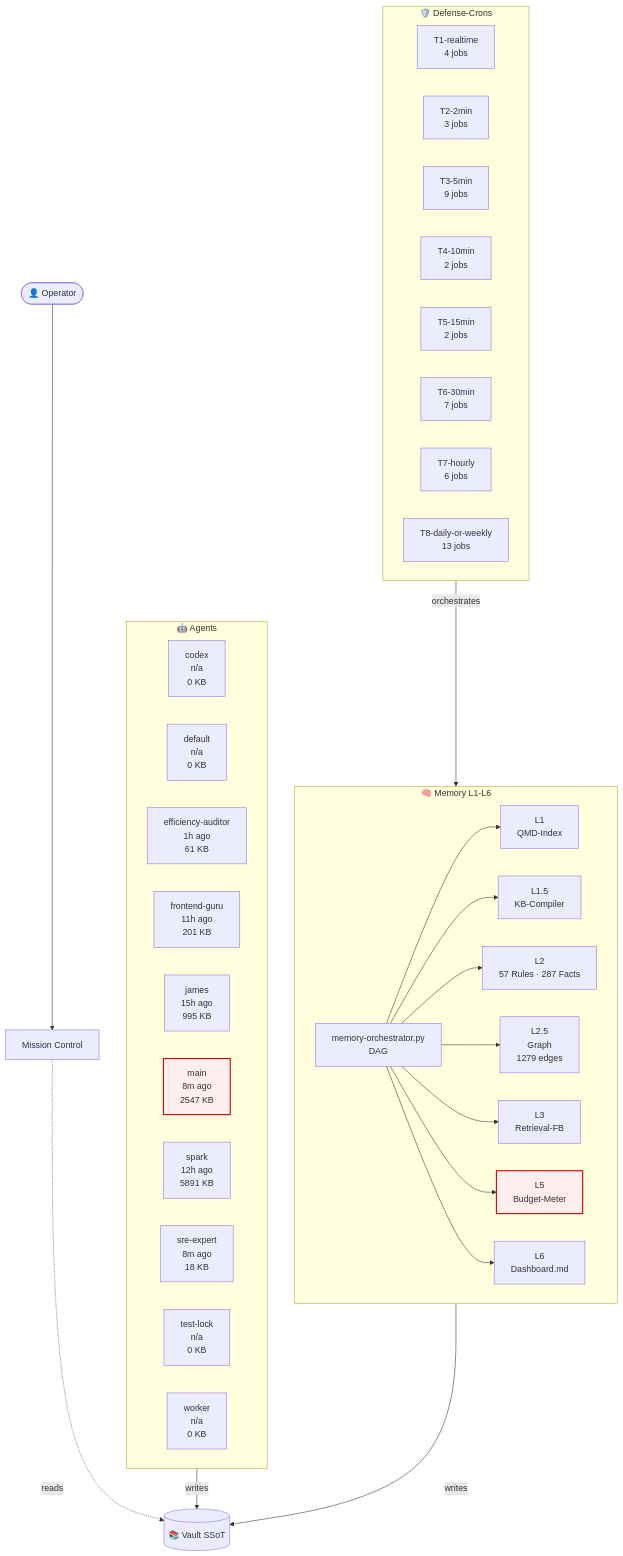
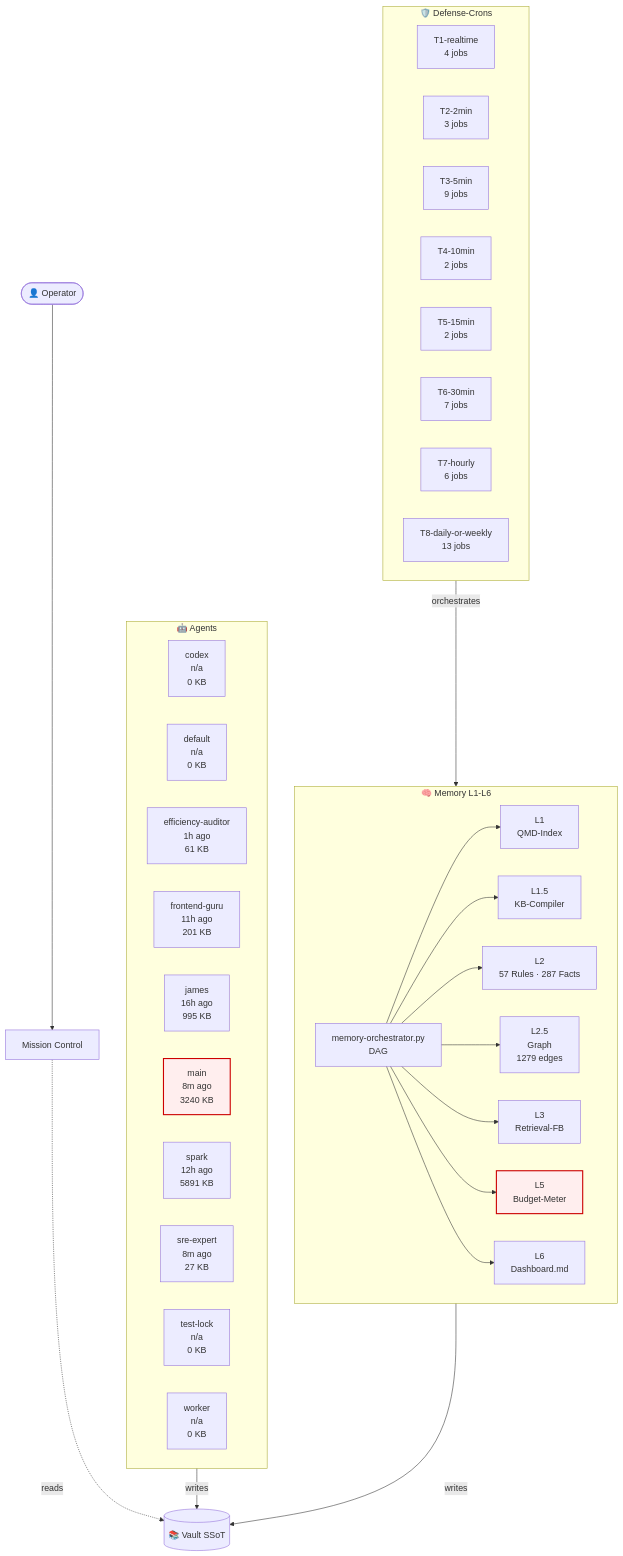
Before and after one commit to lenardhuebner88-rgb/openclaw-memory: the diagram in 03-Agents/architecture-live.md, drawn with Mermaid. The commit also changed other lines of this file and 1 other file, not shown here.

````diff
--- a/03-Agents/architecture-live.md
+++ b/03-Agents/architecture-live.md
@@ -18,53 +18,53 @@
 ```mermaid
 flowchart TB
     classDef critical fill:#fee,stroke:#c00,stroke-width:2px;
     subgraph AGT["🤖 Agents"]
         agent_codex["codex<br/>n/a<br/>0 KB"]
         agent_default["default<br/>n/a<br/>0 KB"]
         agent_efficiency_auditor["efficiency-auditor<br/>1h ago<br/>61 KB"]
         agent_frontend_guru["frontend-guru<br/>11h ago<br/>201 KB"]
-        agent_james["james<br/>15h ago<br/>995 KB"]
-        agent_main["main<br/>8m ago<br/>2547 KB"]
+        agent_james["james<br/>16h ago<br/>995 KB"]
+        agent_main["main<br/>8m ago<br/>3240 KB"]
         agent_spark["spark<br/>12h ago<br/>5891 KB"]
-        agent_sre_expert["sre-expert<br/>8m ago<br/>18 KB"]
+        agent_sre_expert["sre-expert<br/>8m ago<br/>27 KB"]
         agent_test_lock["test-lock<br/>n/a<br/>0 KB"]
         agent_worker["worker<br/>n/a<br/>0 KB"]
     end
     subgraph MEM["🧠 Memory L1-L6"]
         L1["L1<br/>QMD-Index"]
         L15["L1.5<br/>KB-Compiler"]
         L2["L2<br/>57 Rules · 287 Facts"]
         L25["L2.5<br/>Graph<br/>1279 edges"]
         L3["L3<br/>Retrieval-FB"]
         L5["L5<br/>Budget-Meter"]
         L6["L6<br/>Dashboard.md"]
         ORCH["memory-orchestrator.py<br/>DAG"]
     end
     subgraph CRN["🛡️ Defense-Crons"]
         tier_T1_realtime["T1-realtime<br/>4 jobs"]
         tier_T2_2min["T2-2min<br/>3 jobs"]
         tier_T3_5min["T3-5min<br/>9 jobs"]
         tier_T4_10min["T4-10min<br/>2 jobs"]
         tier_T5_15min["T5-15min<br/>2 jobs"]
         tier_T6_30min["T6-30min<br/>7 jobs"]
         tier_T7_hourly["T7-hourly<br/>6 jobs"]
         tier_T8_daily_or_weekly["T8-daily-or-weekly<br/>13 jobs"]
     end
     VAULT[("📚 Vault SSoT")]
     OP([👤 Operator])
     MC["Mission Control"]
     OP --> MC
     MC -.reads.-> VAULT
     AGT -->|writes| VAULT
     MEM -->|writes| VAULT
     ORCH --> L1
     ORCH --> L15
     ORCH --> L2
     ORCH --> L25
     ORCH --> L3
     ORCH --> L5
     ORCH --> L6
     CRN -->|orchestrates| MEM
     class L5 critical
     class agent_main critical
 ```
````
